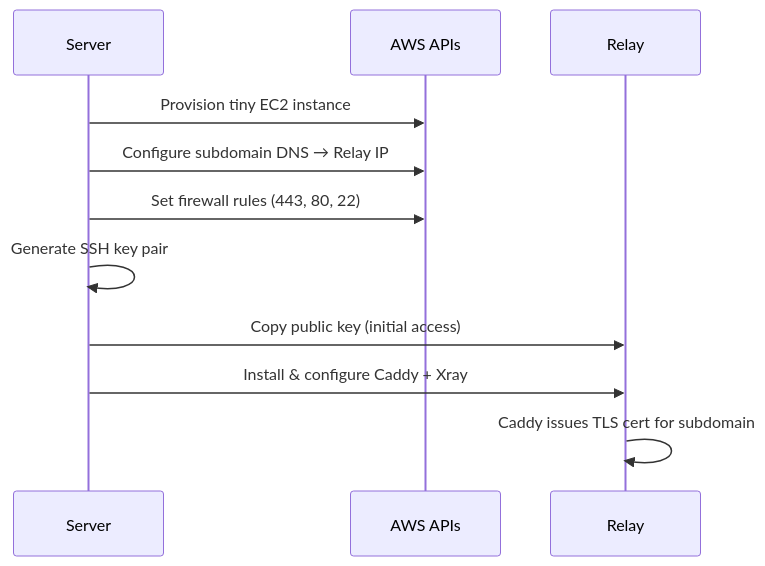
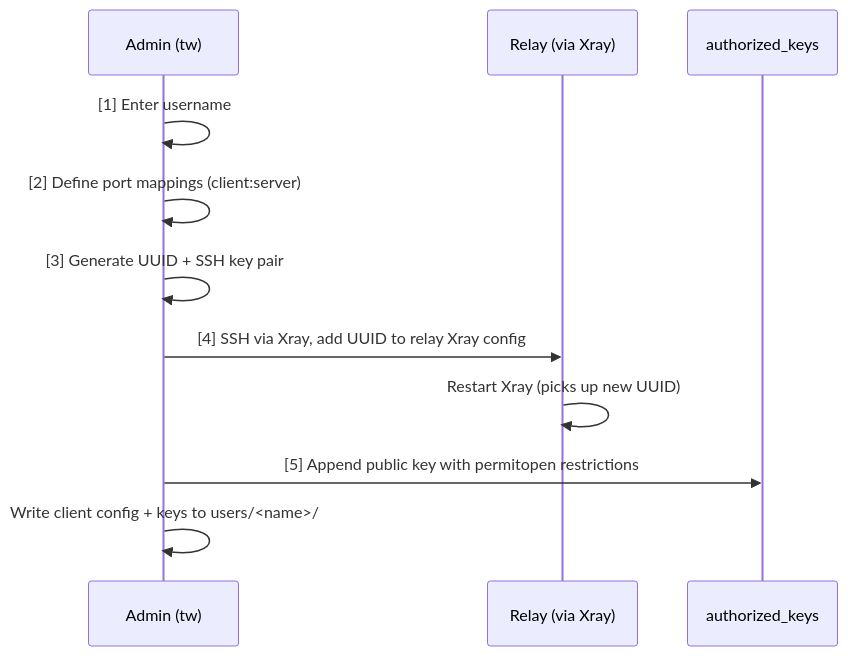
The third of 5 diagrams in docs/architecture/tw-arch-arc42.md (alicommit-malp/Tunnel-Whisperer), drawn with Mermaid before and after one commit. The commit also changed other lines of this file and 1 other file, not shown here.

````diff
--- a/docs/architecture/tw-arch-arc42.md
+++ b/docs/architecture/tw-arch-arc42.md
@@ -157,14 +199,14 @@
 ```mermaid
 sequenceDiagram
-    participant S as Server
-    participant AWS as AWS APIs
-    participant R as Relay
+    participant Admin as Admin (tw)
+    participant R as Relay (via Xray)
+    participant AK as authorized_keys
 
-    S ->> AWS: Provision tiny EC2 instance
-    S ->> AWS: Configure subdomain DNS → Relay IP
-    S ->> AWS: Set firewall rules (443, 80, 22)
-    S ->> S: Generate SSH key pair
-    S ->> R: Copy public key (initial access)
-    S ->> R: Install & configure Caddy + Xray
-    R ->> R: Caddy issues TLS cert for subdomain
+    Admin ->> Admin: [1] Enter username
+    Admin ->> Admin: [2] Define port mappings (client:server)
+    Admin ->> Admin: [3] Generate UUID + SSH key pair
+    Admin ->> R: [4] SSH via Xray, add UUID to relay Xray config
+    R ->> R: Restart Xray (picks up new UUID)
+    Admin ->> AK: [5] Append public key with permitopen restrictions
+    Admin ->> Admin: Write client config + keys to users/<name>/
 ```
````
